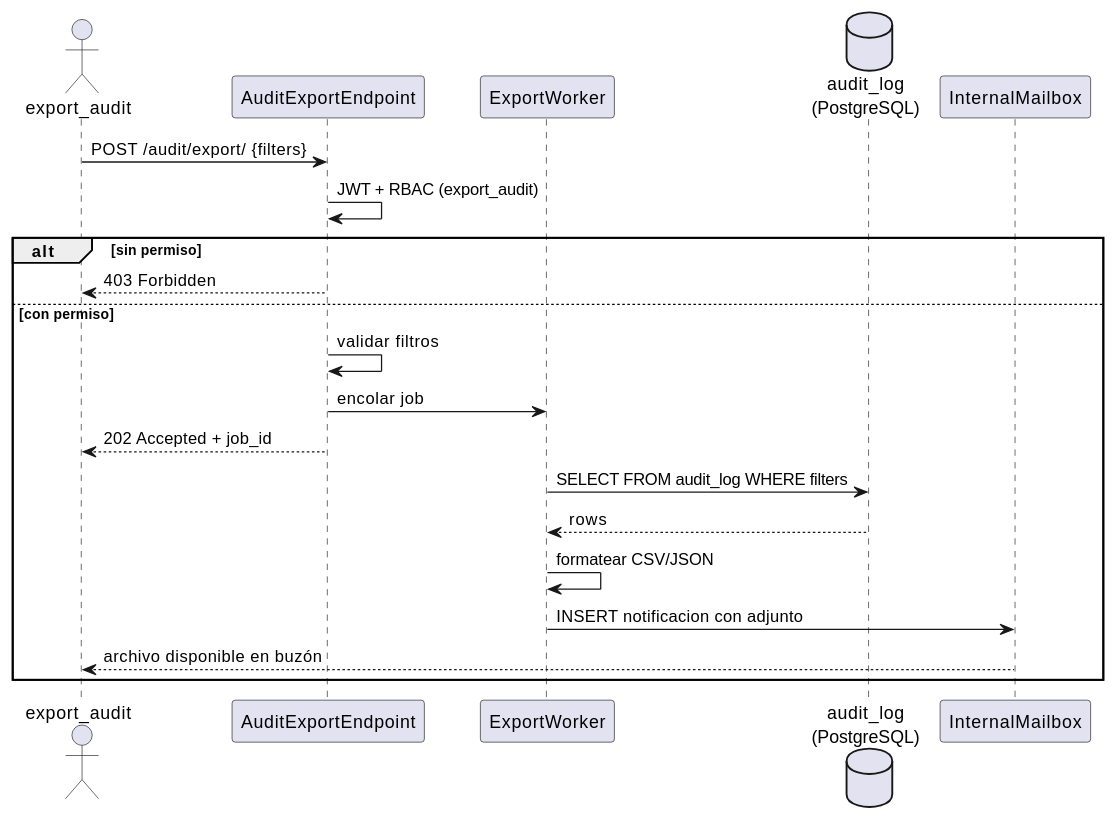
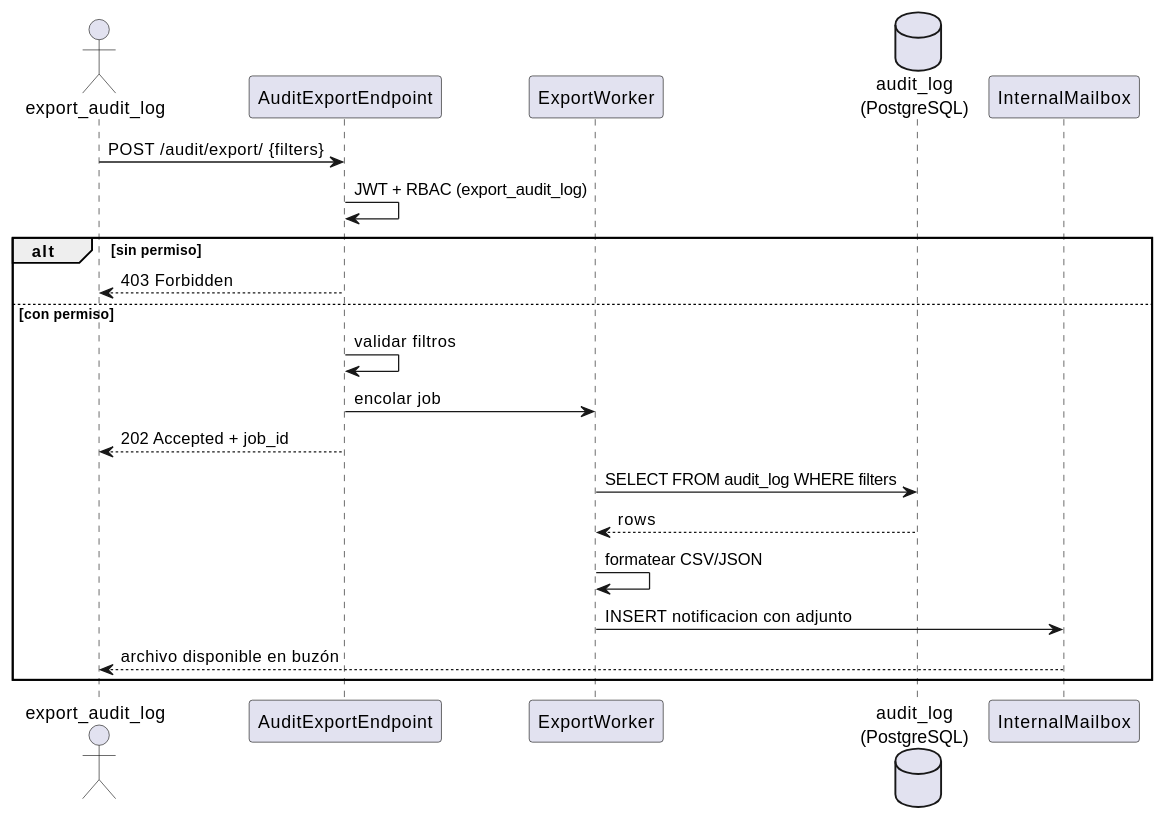
One commit to jcg-admin/IACT-docs changed the fourth of 4 diagrams in source/requisitos/casos-uso/audit/uc-aud-03/diagramas-uml.rst. Above: the diagram before and after it, drawn with PlantUML. The commit also changed other lines of this file and 157 other files, not shown here.

First line of the commit message:
Enforce catalog function names across all diagrams

```diff
--- a/source/requisitos/casos-uso/audit/uc-aud-03/diagramas-uml.rst
+++ b/source/requisitos/casos-uso/audit/uc-aud-03/diagramas-uml.rst
@@ -71,24 +71,24 @@
 .. uml::
 
  @startuml
- actor "export_audit" as U
+ actor "export_audit_log" as U
  participant "AuditExportEndpoint" as EP
  participant "ExportWorker" as W
  database "audit_log\n(PostgreSQL)" as DB
  participant "InternalMailbox" as MB
 
  U -> EP : POST /audit/export/ {filters}
- EP -> EP : JWT + RBAC (export_audit)
+ EP -> EP : JWT + RBAC (export_audit_log)
  alt sin permiso
    EP --> U : 403 Forbidden
  else con permiso
    EP -> EP : validar filtros
    EP -> W : encolar job
    EP --> U : 202 Accepted + job_id
    W -> DB : SELECT FROM audit_log WHERE filters
    DB --> W : rows
    W -> W : formatear CSV/JSON
    W -> MB : INSERT notificacion con adjunto
    MB --> U : archivo disponible en buzón
  end
  @enduml
```
